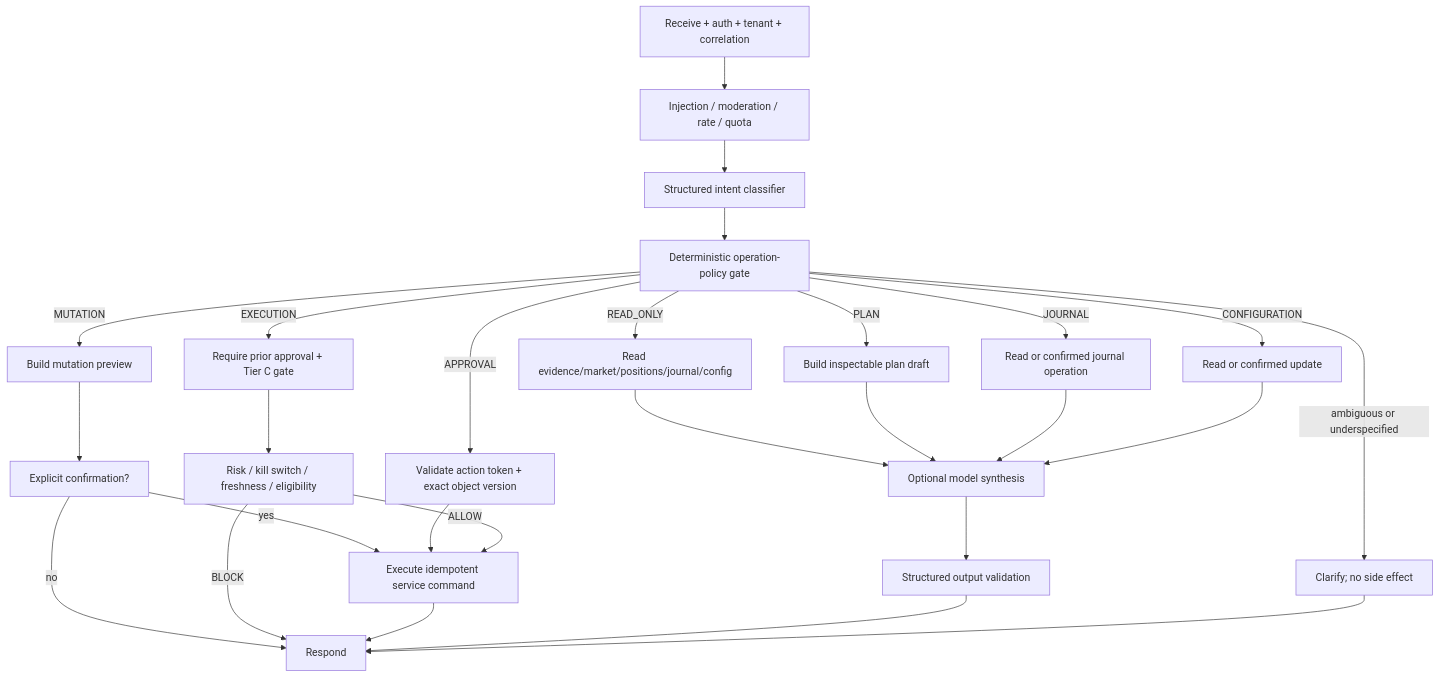
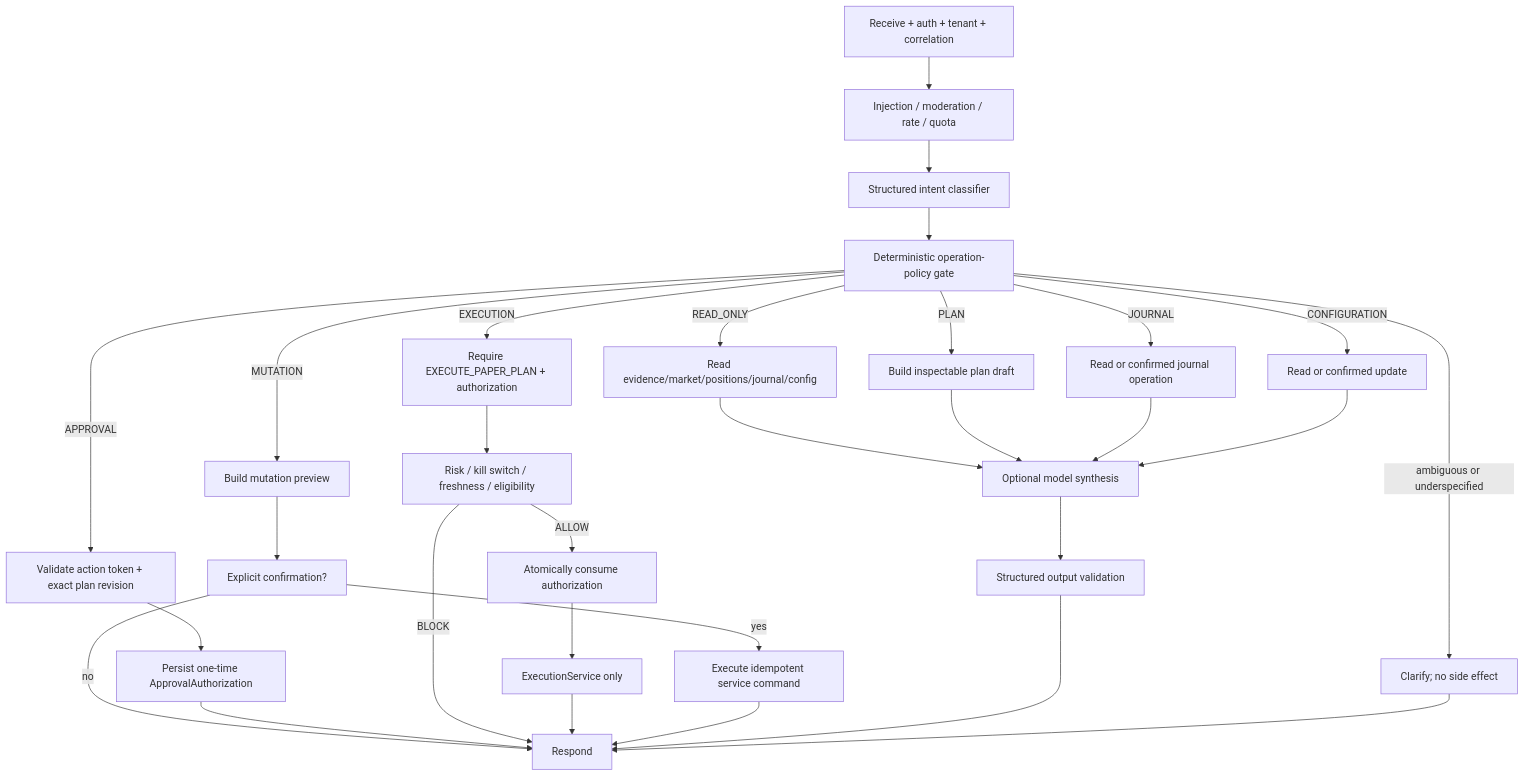
One commit to Fejjii/AlphaTrade-AI changed the third of 6 diagrams in docs/redesign/agentic_redesign_target_architecture.md. Above: the diagram before and after it, drawn with Mermaid. The commit also changed other lines of this file and 1 other file, not shown here.

Commit message:
docs: resolve agentic architecture review

````diff
--- a/docs/redesign/agentic_redesign_target_architecture.md
+++ b/docs/redesign/agentic_redesign_target_architecture.md
@@ -186,29 +194,32 @@
 ```mermaid
 flowchart TD
     RCV["Receive + auth + tenant + correlation"] --> GRD["Injection / moderation / rate / quota"]
     GRD --> IC["Structured intent classifier"]
     IC --> POL["Deterministic operation-policy gate"]
     POL -->|ambiguous or underspecified| CLAR["Clarify; no side effect"]
     POL -->|READ_ONLY| READ["Read evidence/market/positions/journal/config"]
     POL -->|PLAN| PLAN["Build inspectable plan draft"]
     POL -->|MUTATION| PREVIEW["Build mutation preview"]
-    POL -->|APPROVAL| APPA["Validate action token + exact object version"]
-    POL -->|EXECUTION| EXEG["Require prior approval + Tier C gate"]
+    POL -->|APPROVAL| APPA["Validate action token + exact plan revision"]
+    POL -->|EXECUTION| EXEG["Require EXECUTE_PAPER_PLAN + authorization"]
     POL -->|CONFIGURATION| CFG["Read or confirmed update"]
     POL -->|JOURNAL| JOP["Read or confirmed journal operation"]
     PREVIEW --> CONF["Explicit confirmation?"]
     CONF -->|no| RESP["Respond"]
     CONF -->|yes| MUT["Execute idempotent service command"]
-    APPA --> MUT
+    APPA --> AUTHZ["Persist one-time ApprovalAuthorization"]
+    AUTHZ --> RESP
     EXEG --> RISK["Risk / kill switch / freshness / eligibility"]
     RISK -->|BLOCK| RESP
-    RISK -->|ALLOW| MUT
+    RISK -->|ALLOW| CONS["Atomically consume authorization"]
+    CONS --> ES["ExecutionService only"]
+    ES --> RESP
     READ --> SYN["Optional model synthesis"]
     PLAN --> SYN
     JOP --> SYN
     CFG --> SYN
     MUT --> RESP
     SYN --> VAL["Structured output validation"]
     VAL --> RESP
     CLAR --> RESP
 ```
````
